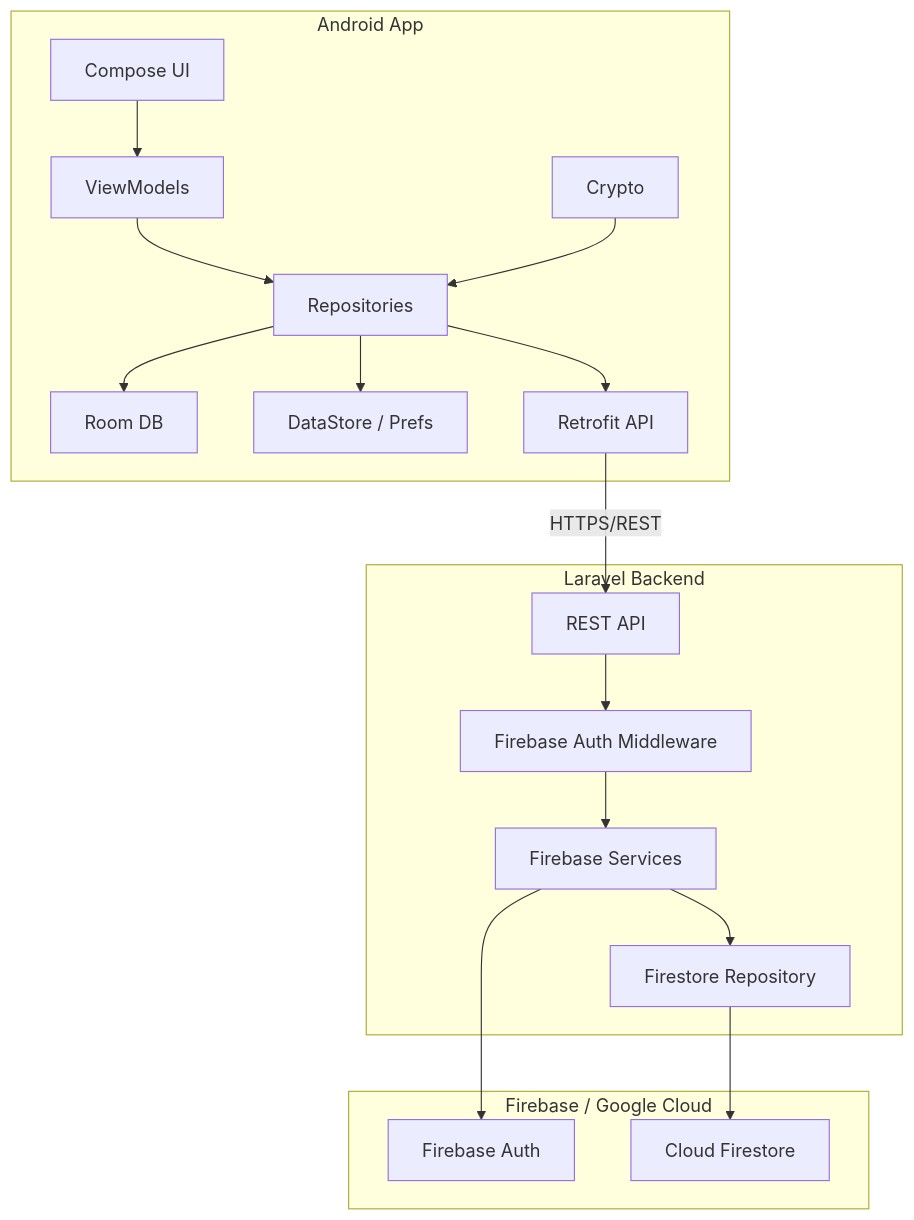
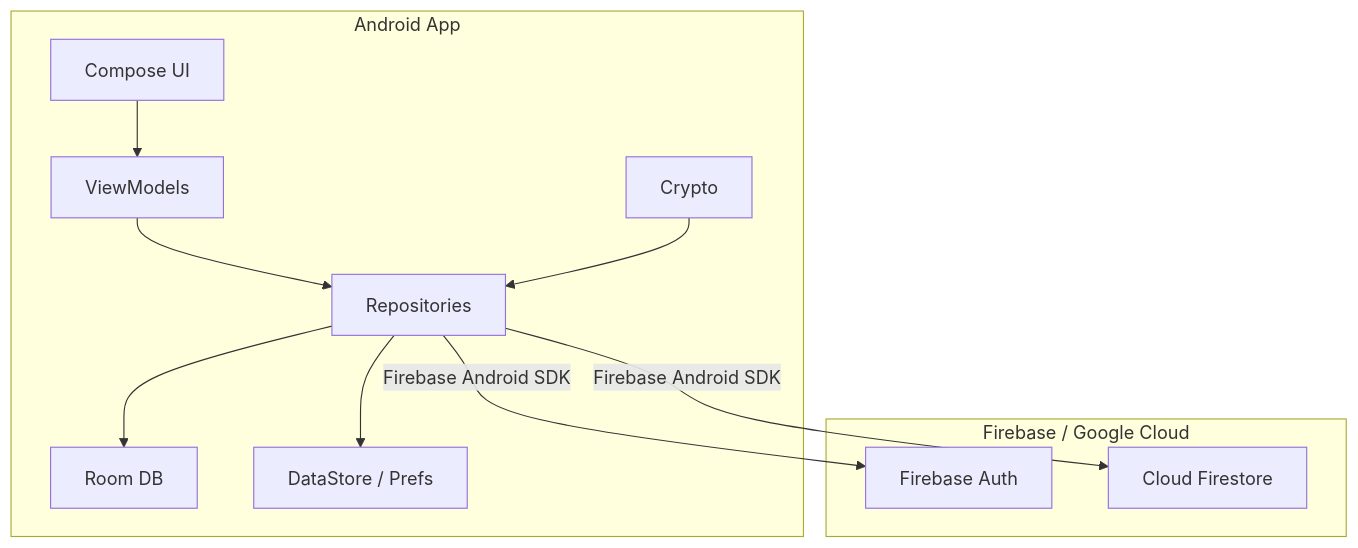
One commit to abhay-byte/truvalt changed the first of 7 diagrams in docs/DIAGRAMS.md. Above: the diagram before and after it, drawn with Mermaid. The commit also changed other lines of this file and 2 other files, not shown here.

First line of the commit message:
docs: Update diagrams, UI docs, and API test results for Firebase-direct

````diff
--- a/docs/DIAGRAMS.md
+++ b/docs/DIAGRAMS.md
@@ -9,38 +10,24 @@
 ```mermaid
 flowchart TB
     subgraph Android["Android App"]
         UI["Compose UI"]
         VM["ViewModels"]
         Repo["Repositories"]
         Room["Room DB"]
         Prefs["DataStore / Prefs"]
-        Remote["Retrofit API"]
         Crypto["Crypto"]
-    end
-
-    subgraph Web["Laravel Backend"]
-        API["REST API"]
-        Middleware["Firebase Auth Middleware"]
-        Services["Firebase Services"]
-        FirestoreRepo["Firestore Repository"]
     end
 
     subgraph Firebase["Firebase / Google Cloud"]
         Auth["Firebase Auth"]
         Store["Cloud Firestore"]
     end
 
     UI --> VM
     VM --> Repo
     Repo --> Room
     Repo --> Prefs
-    Repo --> Remote
+    Repo -->|Firebase Android SDK| Auth
+    Repo -->|Firebase Android SDK| Store
     Crypto --> Repo
-
-    Remote -->|HTTPS/REST| API
-    API --> Middleware
-    Middleware --> Services
-    Services --> Auth
-    Services --> FirestoreRepo
-    FirestoreRepo --> Store
 ```
````
